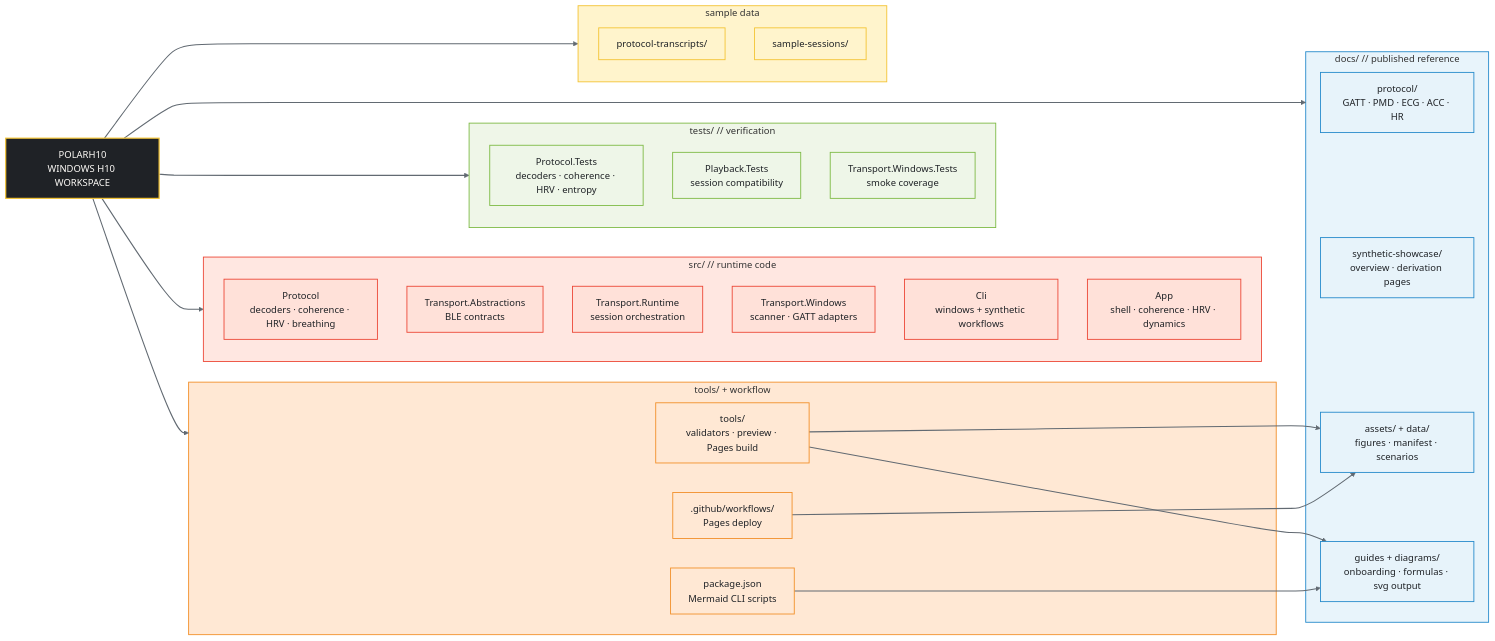
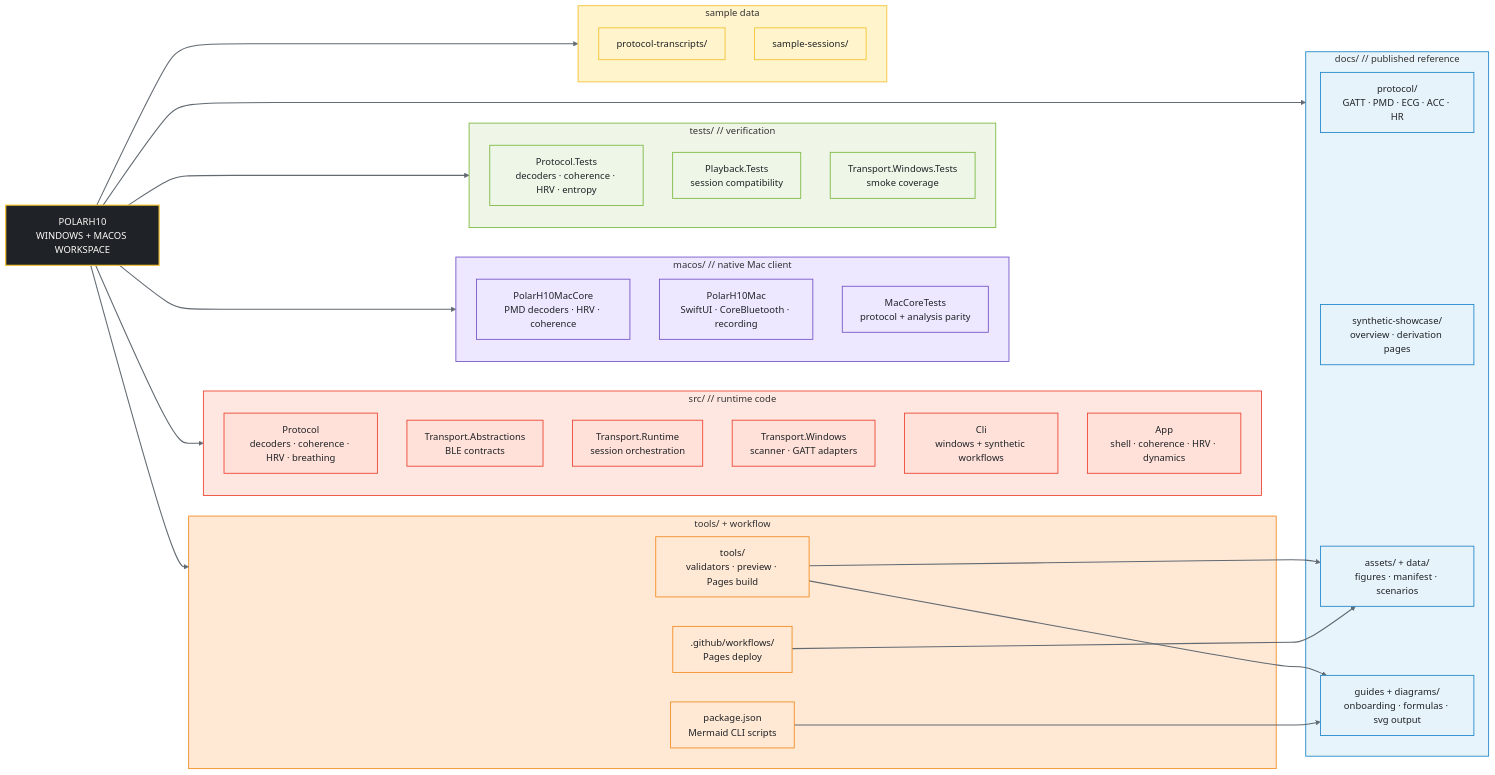
The diagram in docs/diagrams/repo-structure.mmd (MesmerPrism/PolarH10), drawn with Mermaid (forest theme) before and after one commit. The commit also changed 38 other files, not shown here.

Commit message:
Add native macOS app and release

```diff
--- a/docs/diagrams/repo-structure.mmd
+++ b/docs/diagrams/repo-structure.mmd
@@ -1,68 +1,78 @@
 %% Repo structure overview - GitHub-facing and compact.
 %% Keep the README version lightweight; push deeper diagrams into docs/diagrams.
 
 flowchart LR
-    R["POLARH10<br/>WINDOWS H10 WORKSPACE"]
+    R["POLARH10<br/>WINDOWS + MACOS WORKSPACE"]
 
     subgraph Source["src/ // runtime code"]
         P1["Protocol<br/>decoders · coherence · HRV · breathing"]
         P2["Transport.Abstractions<br/>BLE contracts"]
         P3["Transport.Runtime<br/>session orchestration"]
         P4["Transport.Windows<br/>scanner · GATT adapters"]
         P5["Cli<br/>windows + synthetic workflows"]
         P6["App<br/>shell · coherence · HRV · dynamics"]
+    end
+
+    subgraph Mac["macos/ // native Mac client"]
+        M1["PolarH10MacCore<br/>PMD decoders · HRV · coherence"]
+        M2["PolarH10Mac<br/>SwiftUI · CoreBluetooth · recording"]
+        M3["MacCoreTests<br/>protocol + analysis parity"]
     end
 
     subgraph Tests["tests/ // verification"]
         T1["Protocol.Tests<br/>decoders · coherence · HRV · entropy"]
         T2["Playback.Tests<br/>session compatibility"]
         T3["Transport.Windows.Tests<br/>smoke coverage"]
     end
 
     subgraph Docs["docs/ // published reference"]
         D1["protocol/<br/>GATT · PMD · ECG · ACC · HR"]
         D2["synthetic-showcase/<br/>overview · derivation pages"]
         D3["assets/ + data/<br/>figures · manifest · scenarios"]
         D4["guides + diagrams/<br/>onboarding · formulas · svg output"]
     end
 
     subgraph Tooling["tools/ + workflow"]
         TL1["tools/<br/>validators · preview · Pages build"]
         TL2["package.json<br/>Mermaid CLI scripts"]
         TL3[".github/workflows/<br/>Pages deploy"]
     end
 
     subgraph Samples["sample data"]
         S1["protocol-transcripts/"]
         S2["sample-sessions/"]
     end
 
     R --> Source
+    R --> Mac
     R --> Tests
     R --> Docs
     R --> Tooling
     R --> Samples
     TL1 --> D4
     TL1 --> D3
     TL2 --> D4
     TL3 --> D3
 
     style Source fill:#FFE7E1,stroke:#EC4736,stroke-width:1.5px;
+    style Mac fill:#EDE8FF,stroke:#7657C8,stroke-width:1.5px;
     style Tests fill:#EFF6E8,stroke:#7DBA44,stroke-width:1.5px;
     style Docs fill:#E8F4FB,stroke:#258ACB,stroke-width:1.5px;
     style Tooling fill:#FFE8D4,stroke:#F28F28,stroke-width:1.5px;
     style Samples fill:#FFF4CC,stroke:#F3C333,stroke-width:1.5px;
 
     classDef hub fill:#1F2226,stroke:#F3C333,color:#FFFDF9,stroke-width:2px;
     classDef source fill:#FFE1D9,stroke:#EC4736,color:#1F2226,stroke-width:1.5px;
     classDef tests fill:#EEF6E8,stroke:#7DBA44,color:#1F2226,stroke-width:1.5px;
     classDef docs fill:#E7F3FA,stroke:#258ACB,color:#1F2226,stroke-width:1.5px;
     classDef tooling fill:#FFE8D4,stroke:#F28F28,color:#1F2226,stroke-width:1.5px;
     classDef sample fill:#FFF4CC,stroke:#F3C333,color:#1F2226,stroke-width:1.5px;
+    classDef mac fill:#EDE8FF,stroke:#7657C8,color:#1F2226,stroke-width:1.5px;
     class R hub;
     class P1,P2,P3,P4,P5,P6 source;
+    class M1,M2,M3 mac;
     class T1,T2,T3 tests;
     class D1,D2,D3,D4 docs;
     class TL1,TL2,TL3 tooling;
     class S1,S2 sample;
     linkStyle default stroke:#626A72,stroke-width:1.8px;
```
